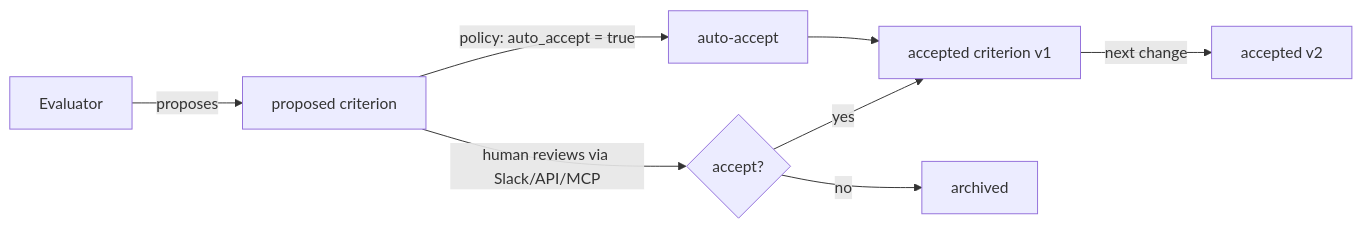
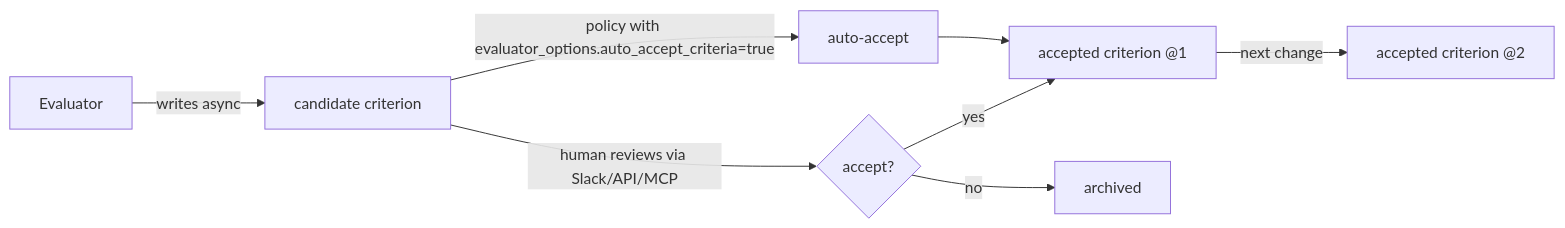
Before and after one commit to dr-robert-li/agentic-mesh-reference-arch: the diagram in docs/evaluator.md, drawn with Mermaid. The commit also changed other lines of this file and 20 other files, not shown here.

````diff
--- a/docs/evaluator.md
+++ b/docs/evaluator.md
@@ -69,10 +69,10 @@
 ```mermaid
 flowchart LR
-    EV[Evaluator] -->|proposes| PROP[proposed criterion]
+    EV[Evaluator] -->|writes async| PROP["candidate criterion"]
     PROP -->|human reviews via Slack/API/MCP| HUM{accept?}
-    PROP -->|policy: auto_accept = true| AUTO[auto-accept]
-    HUM -->|yes| ACT[accepted criterion v1]
+    PROP -->|policy with evaluator_options.auto_accept_criteria=true| AUTO[auto-accept]
+    HUM -->|yes| ACT["accepted criterion @1"]
     HUM -->|no| ARCH[archived]
     AUTO --> ACT
-    ACT -->|next change| ACT2[accepted v2]
+    ACT -->|next change| ACT2["accepted criterion @2"]
 ```
````
